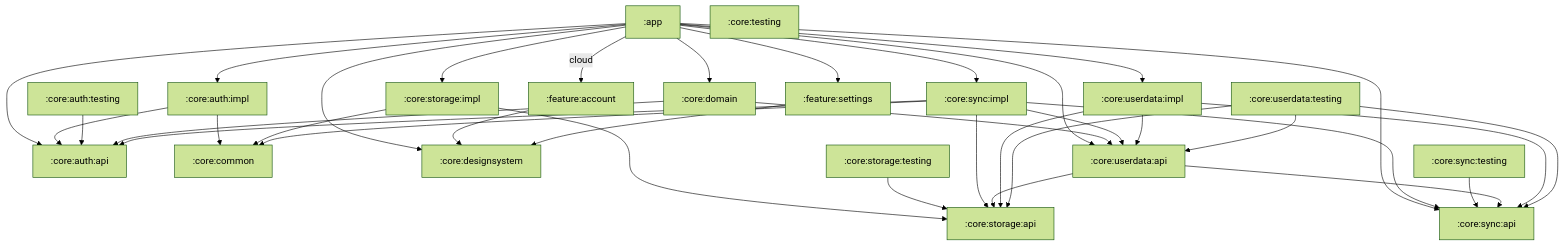
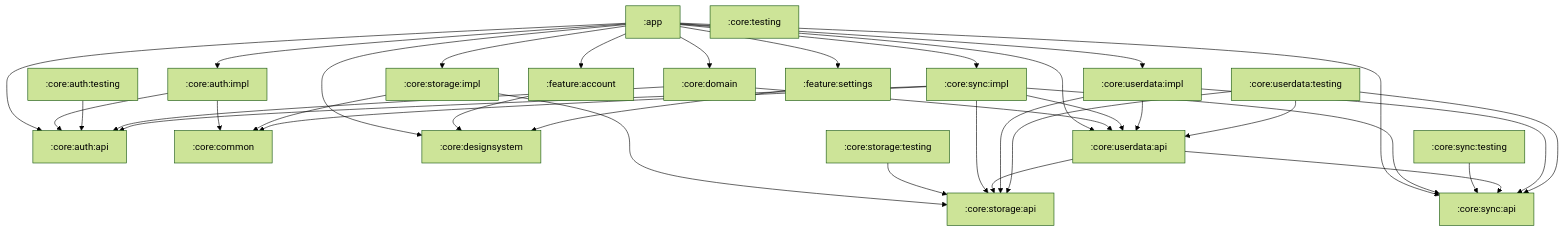
Before and after one commit to toomanyeduardos/rolabox: the diagram in README.md, drawn with Mermaid (forest theme). The commit also changed other lines of this file and 55 other files, not shown here.

````diff
--- a/README.md
+++ b/README.md
@@ -171,57 +163,57 @@
 ```mermaid
 graph TD
     app[":app"]
     core_auth_api[":core:auth:api"]
     core_auth_impl[":core:auth:impl"]
     core_auth_testing[":core:auth:testing"]
     core_common[":core:common"]
     core_designsystem[":core:designsystem"]
     core_domain[":core:domain"]
     core_storage_api[":core:storage:api"]
     core_storage_impl[":core:storage:impl"]
     core_storage_testing[":core:storage:testing"]
     core_sync_api[":core:sync:api"]
     core_sync_impl[":core:sync:impl"]
     core_sync_testing[":core:sync:testing"]
     core_testing[":core:testing"]
     core_userdata_api[":core:userdata:api"]
     core_userdata_impl[":core:userdata:impl"]
     core_userdata_testing[":core:userdata:testing"]
     feature_account[":feature:account"]
     feature_settings[":feature:settings"]
     app --> core_auth_api
     app --> core_auth_impl
     app --> core_designsystem
     app --> core_domain
     app --> core_storage_impl
     app --> core_sync_api
     app --> core_sync_impl
     app --> core_userdata_api
     app --> core_userdata_impl
-    app -->|cloud| feature_account
+    app --> feature_account
     app --> feature_settings
     core_auth_impl --> core_auth_api
     core_auth_impl --> core_common
     core_auth_testing --> core_auth_api
     core_domain --> core_auth_api
     core_domain --> core_userdata_api
     core_storage_impl --> core_common
     core_storage_impl --> core_storage_api
     core_storage_testing --> core_storage_api
     core_sync_impl --> core_auth_api
     core_sync_impl --> core_common
     core_sync_impl --> core_storage_api
     core_sync_impl --> core_sync_api
     core_sync_impl --> core_userdata_api
     core_sync_testing --> core_sync_api
     core_userdata_api --> core_storage_api
     core_userdata_api --> core_sync_api
     core_userdata_impl --> core_storage_api
     core_userdata_impl --> core_sync_api
     core_userdata_impl --> core_userdata_api
     core_userdata_testing --> core_storage_api
     core_userdata_testing --> core_sync_api
     core_userdata_testing --> core_userdata_api
     feature_account --> core_designsystem
     feature_settings --> core_designsystem
 ```
````
